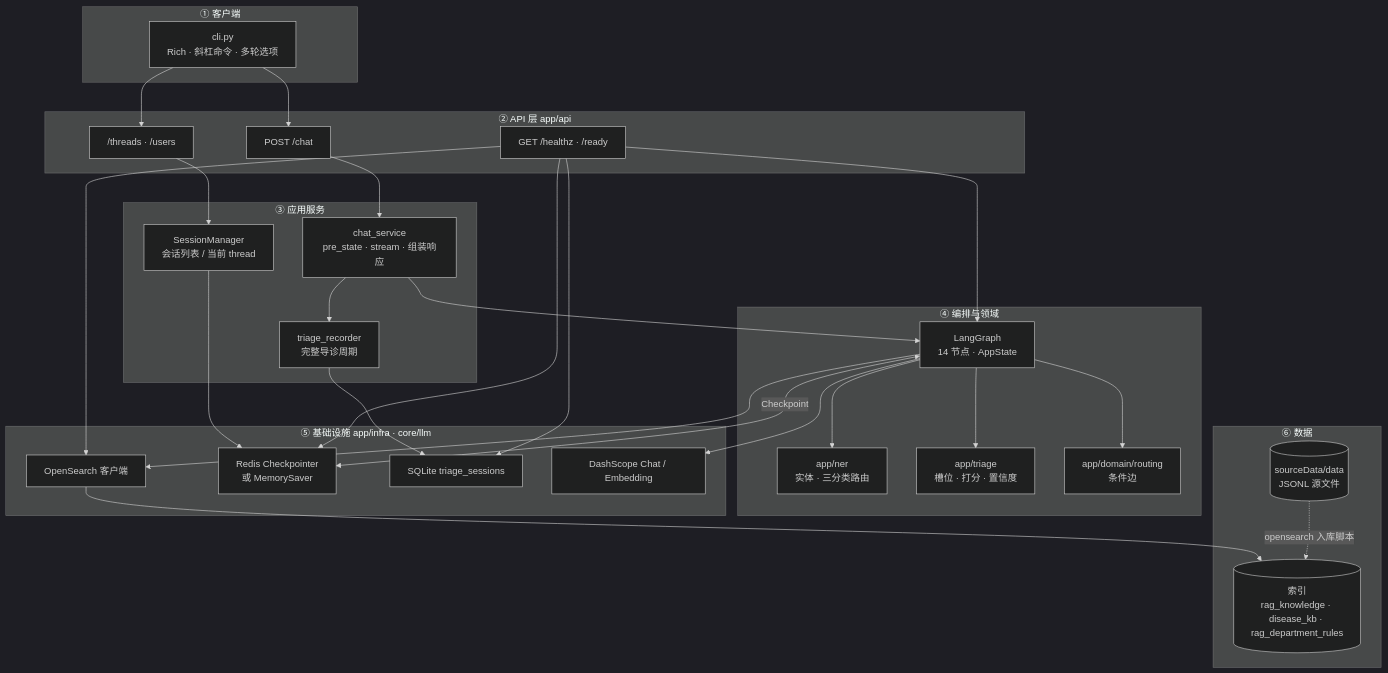
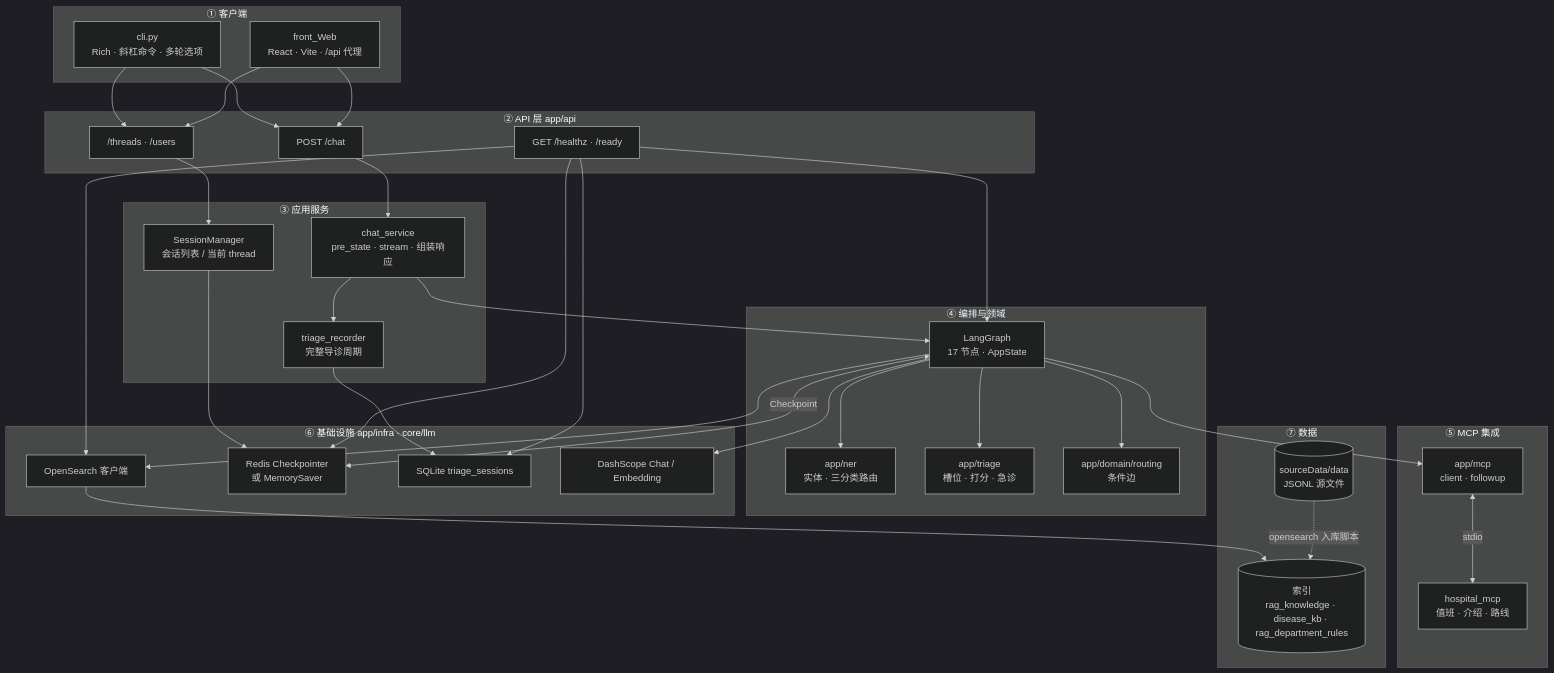
Before and after one commit to lobokiol/InitialArchitectureForMedicalAgent1: the diagram in README.md, drawn with Mermaid (dark theme). The commit also changed other lines of this file, not shown here.

````diff
--- a/README.md
+++ b/README.md
@@ -57,51 +76,59 @@
 ```mermaid
 flowchart TB
     subgraph L1["① 客户端"]
         CLI["cli.py<br/>Rich · 斜杠命令 · 多轮选项"]
+        WEB["front_Web<br/>React · Vite · /api 代理"]
     end
 
     subgraph L2["② API 层 app/api"]
         CHAT["POST /chat"]
         THREADS["/threads · /users"]
         HEALTH["GET /healthz · /ready"]
     end
 
     subgraph L3["③ 应用服务"]
         CS["chat_service<br/>pre_state · stream · 组装响应"]
         TR["triage_recorder<br/>完整导诊周期"]
         SM["SessionManager<br/>会话列表 / 当前 thread"]
     end
 
     subgraph L4["④ 编排与领域"]
-        LG["LangGraph<br/>14 节点 · AppState"]
+        LG["LangGraph<br/>17 节点 · AppState"]
         NER["app/ner<br/>实体 · 三分类路由"]
-        TRI["app/triage<br/>槽位 · 打分 · 置信度"]
+        TRI["app/triage<br/>槽位 · 打分 · 急诊"]
         RT["app/domain/routing<br/>条件边"]
     end
 
-    subgraph L5["⑤ 基础设施 app/infra · core/llm"]
+    subgraph L5["⑤ MCP 集成"]
+        MCP_CLIENT["app/mcp<br/>client · followup"]
+        HOSP_MCP["hospital_mcp<br/>值班 · 介绍 · 路线"]
+    end
+
+    subgraph L6["⑥ 基础设施 app/infra · core/llm"]
         OS["OpenSearch 客户端"]
         RD["Redis Checkpointer<br/>或 MemorySaver"]
         SQ["SQLite triage_sessions"]
         LLM["DashScope Chat / Embedding"]
     end
 
-    subgraph L6["⑥ 数据"]
+    subgraph L7["⑦ 数据"]
         IDX[("索引<br/>rag_knowledge · disease_kb · rag_department_rules")]
         JSONL[("sourceData/data<br/>JSONL 源文件")]
     end
 
-    CLI --> CHAT & THREADS
+    CLI & WEB --> CHAT & THREADS
     CHAT --> CS
     THREADS --> SM
     CS --> LG
     CS --> TR
     LG --> NER & TRI & RT
     LG --> OS & LLM
+    LG --> MCP_CLIENT
+    MCP_CLIENT <-->|stdio| HOSP_MCP
     LG <-->|Checkpoint| RD
     SM --> RD
     TR --> SQ
     OS --> IDX
     JSONL -.->|opensearch 入库脚本| IDX
     HEALTH --> OS & RD & SQ & LG
 ```
````
